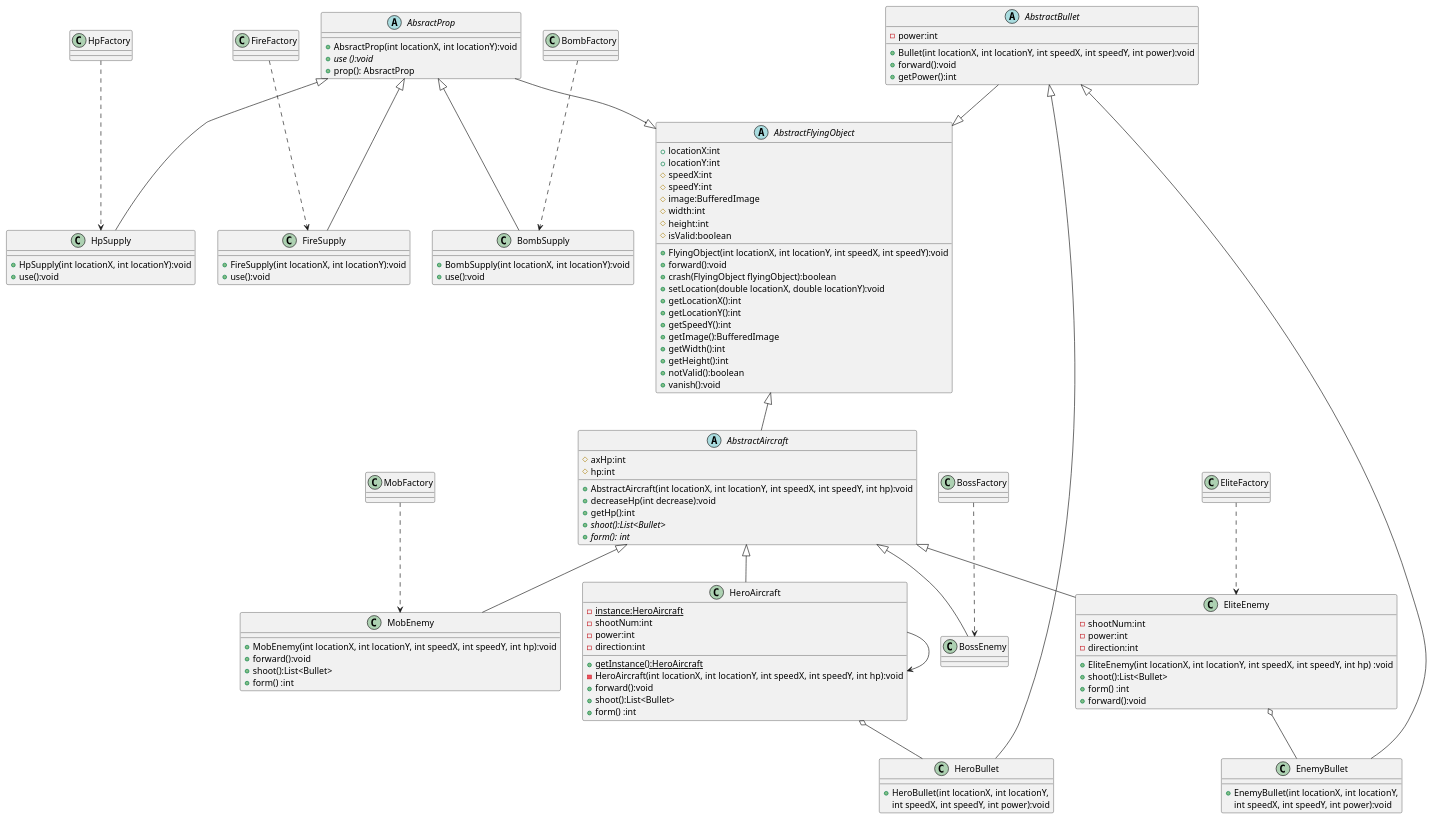
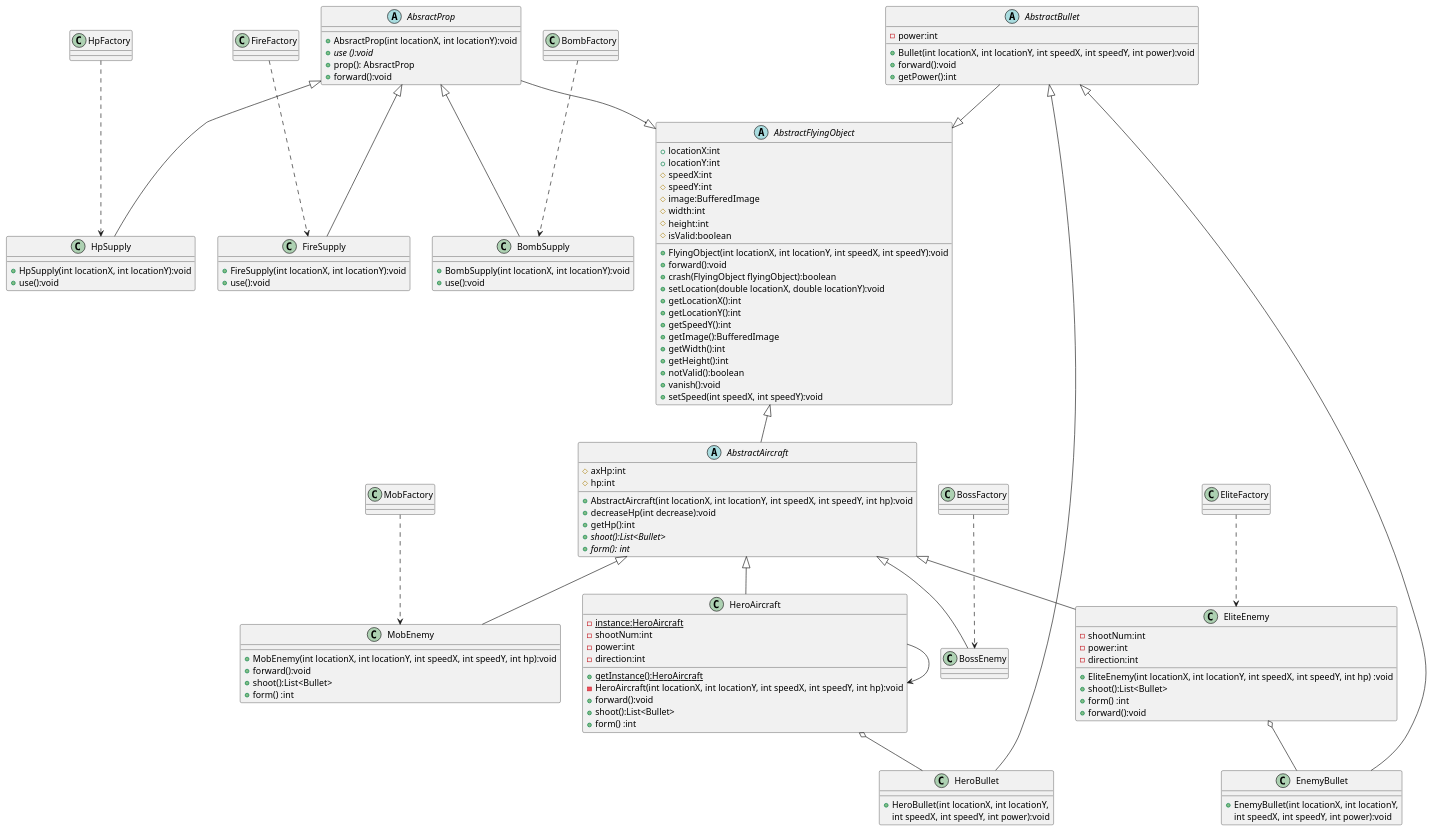
Before and after one commit to TheRoad-1210/AircraftWar: the diagram in uml/Inheritence.puml, drawn with PlantUML. The commit also changed 3 other files, not shown here.

Commit message:
策略模式uml类图

```diff
--- a/uml/Inheritence.puml
+++ b/uml/Inheritence.puml
@@ -1,137 +1,139 @@
 @startuml
 'https://plantuml.com/class-diagram
 
 abstract class AbstractFlyingObject
 {
     + locationX:int
     + locationY:int
     # speedX:int
     # speedY:int
     # image:BufferedImage
     # width:int
     # height:int
     # isValid:boolean
 
     + FlyingObject(int locationX, int locationY, int speedX, int speedY):void
     + forward():void
     + crash(FlyingObject flyingObject):boolean
     + setLocation(double locationX, double locationY):void
     + getLocationX():int
     + getLocationY():int
     + getSpeedY():int
     + getImage():BufferedImage
     + getWidth():int
     + getHeight():int
     + notValid():boolean
     + vanish():void
+    + setSpeed(int speedX, int speedY):void
 }
 abstract class AbstractAircraft
 {
 	# axHp:int
     # hp:int
     + AbstractAircraft(int locationX, int locationY, int speedX, int speedY, int hp):void
     + decreaseHp(int decrease):void
     + getHp():int
     + {abstract} shoot():List<Bullet>
     + {abstract} form(): int
  }
 
 abstract class AbstractBullet
 {
     - power:int
     + Bullet(int locationX, int locationY, int speedX, int speedY, int power):void
     + forward():void
 	+ getPower():int
 }
 
 AbstractFlyingObject <|-- AbstractAircraft
 AbstractFlyingObject <|-up- AbstractBullet
 AbstractFlyingObject <|-up- AbsractProp
 
 AbstractAircraft <|-- HeroAircraft
 AbstractAircraft <|-- MobEnemy
 AbstractAircraft <|-- EliteEnemy
 AbstractAircraft <|-- BossEnemy
 HeroAircraft --> HeroAircraft
 
 AbstractBullet <|-- HeroBullet
 AbstractBullet <|-- EnemyBullet
 
 AbsractProp <|-- HpSupply
 AbsractProp <|-- FireSupply
 AbsractProp <|-- BombSupply
 
 HeroAircraft o-- HeroBullet
 EliteEnemy o-- EnemyBullet
 
 EliteFactory..> EliteEnemy
 BossFactory..> BossEnemy
 MobFactory..> MobEnemy
 HpFactory ..> HpSupply
 BombFactory ..> BombSupply
 FireFactory ..> FireSupply
 class HeroAircraft {
 
     -{static}instance:HeroAircraft
     +{static}getInstance():HeroAircraft
     - shootNum:int
     - power:int
     - direction:int
     - HeroAircraft(int locationX, int locationY, int speedX, int speedY, int hp):void
     + forward():void
     + shoot():List<Bullet>
     + form() :int
 }
 
 class MobEnemy {
     + MobEnemy(int locationX, int locationY, int speedX, int speedY, int hp):void
     + forward():void
     + shoot():List<Bullet>
     + form() :int
 }
 
 class EliteEnemy {
     - shootNum:int
     - power:int
     - direction:int
     + EliteEnemy(int locationX, int locationY, int speedX, int speedY, int hp) :void
     + shoot():List<Bullet>
     + form() :int
     + forward():void
 }
 
 class BossEnemy
 
 class HeroBullet {
     + HeroBullet(int locationX, int locationY,
      int speedX, int speedY, int power):void
 }
 
 class EnemyBullet {
     + EnemyBullet(int locationX, int locationY,
      int speedX, int speedY, int power):void
 }
 
 abstract class AbsractProp {
     +AbsractProp(int locationX, int locationY):void
     +{abstract} use ():void
     + prop(): AbsractProp
+    +forward():void
 
 }
 
 class HpSupply{
     +HpSupply(int locationX, int locationY):void
     +use():void
 }
 
 class FireSupply{
     +FireSupply(int locationX, int locationY):void
     +use():void
 }
 
 class BombSupply{
     +BombSupply(int locationX, int locationY):void
     +use():void
 }
 
 @enduml
```
